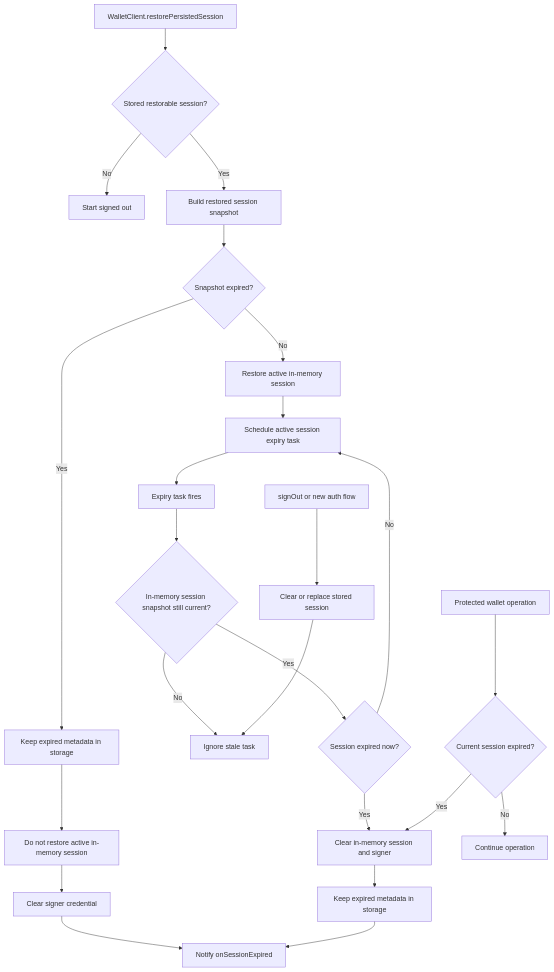
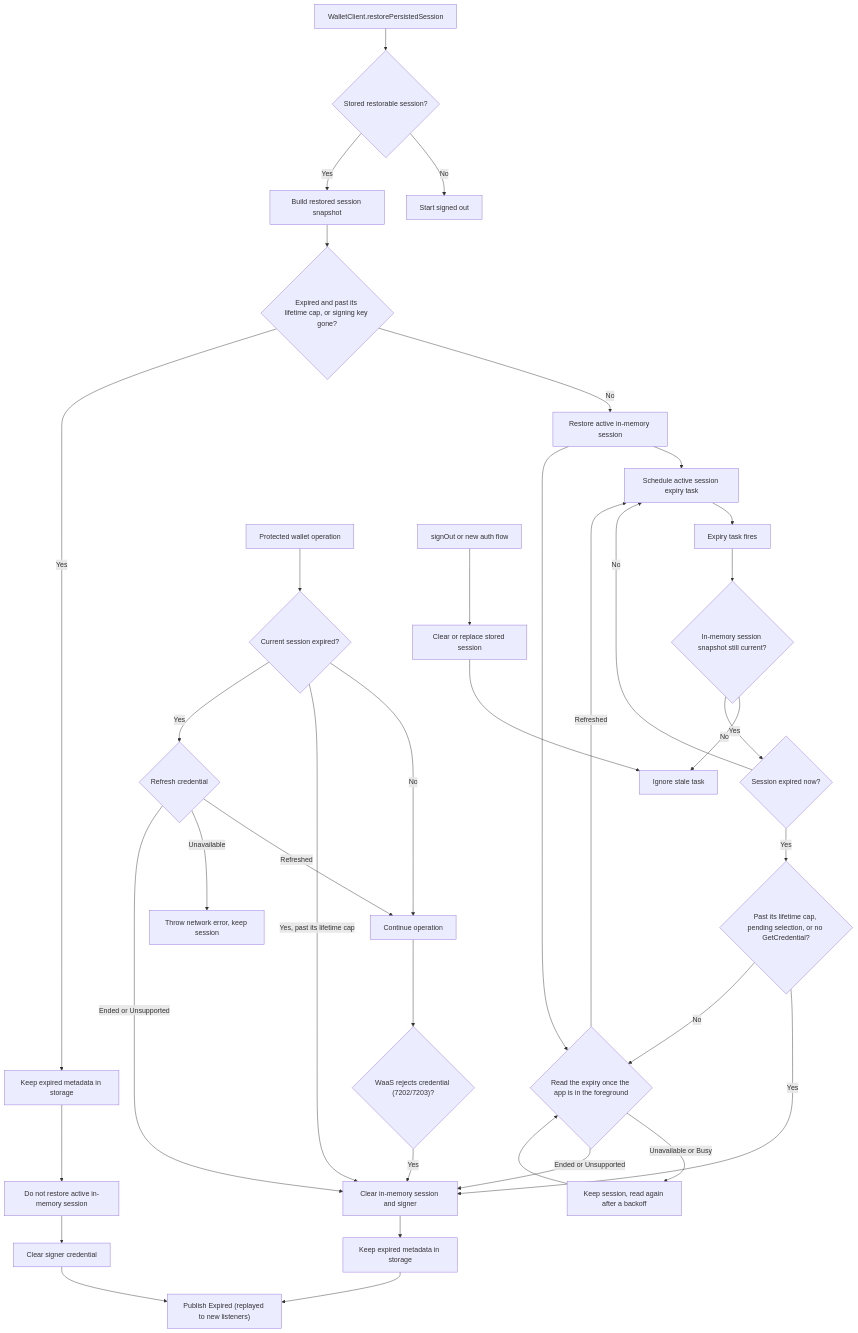
One commit to 0xsequence/kotlin-sdk changed the diagram in docs/session-expiry-flow.md. Above: the diagram before and after it, drawn with Mermaid. The commit also changed other lines of this file and 74 other files, not shown here.

````diff
--- a/docs/session-expiry-flow.md
+++ b/docs/session-expiry-flow.md
@@ -19,32 +118,45 @@
 ```mermaid
 flowchart TD
   A["WalletClient.restorePersistedSession"] --> B{"Stored restorable session?"}
   B -- "No" --> C["Start signed out"]
 
   B -- "Yes" --> D["Build restored session snapshot"]
-  D --> E{"Snapshot expired?"}
+  D --> E{"Expired and past its lifetime cap, or signing key gone?"}
 
   E -- "No" --> F["Restore active in-memory session"]
   F --> G["Schedule active session expiry task"]
+  F --> RF
 
   E -- "Yes" --> H["Keep expired metadata in storage"]
   H --> I["Do not restore active in-memory session"]
   I --> J["Clear signer credential"]
-  J --> K["Notify onSessionExpired"]
+  J --> K["Publish Expired (replayed to new listeners)"]
 
   G --> L["Expiry task fires"]
   L --> M{"In-memory session snapshot still current?"}
   M -- "No" --> N["Ignore stale task"]
   M -- "Yes" --> O{"Session expired now?"}
   O -- "No" --> G
-  O -- "Yes" --> P["Clear in-memory session and signer"]
+  O -- "Yes" --> CP{"Past its lifetime cap, pending selection, or no GetCredential?"}
+  CP -- "Yes" --> P
+  CP -- "No" --> RF{"Read the expiry once the app is in the foreground"}
+  RF -- "Refreshed" --> G
+  RF -- "Unavailable or Busy" --> RT["Keep session, read again after a backoff"]
+  RT --> RF
+  RF -- "Ended or Unsupported" --> P["Clear in-memory session and signer"]
   P --> Q["Keep expired metadata in storage"]
   Q --> K
 
-  R["Protected wallet operation"] --> S{"Current session expired?"}
+  S0["Protected wallet operation"] --> S{"Current session expired?"}
   S -- "No" --> T["Continue operation"]
-  S -- "Yes" --> P
+  S -- "Yes, past its lifetime cap" --> P
+  S -- "Yes" --> RO{"Refresh credential"}
+  RO -- "Refreshed" --> T
+  RO -- "Unavailable" --> X["Throw network error, keep session"]
+  RO -- "Ended or Unsupported" --> P
+  T --> W{"WaaS rejects credential (7202/7203)?"}
+  W -- "Yes" --> P
 
   U["signOut or new auth flow"] --> V["Clear or replace stored session"]
   V --> N
 ```
````
